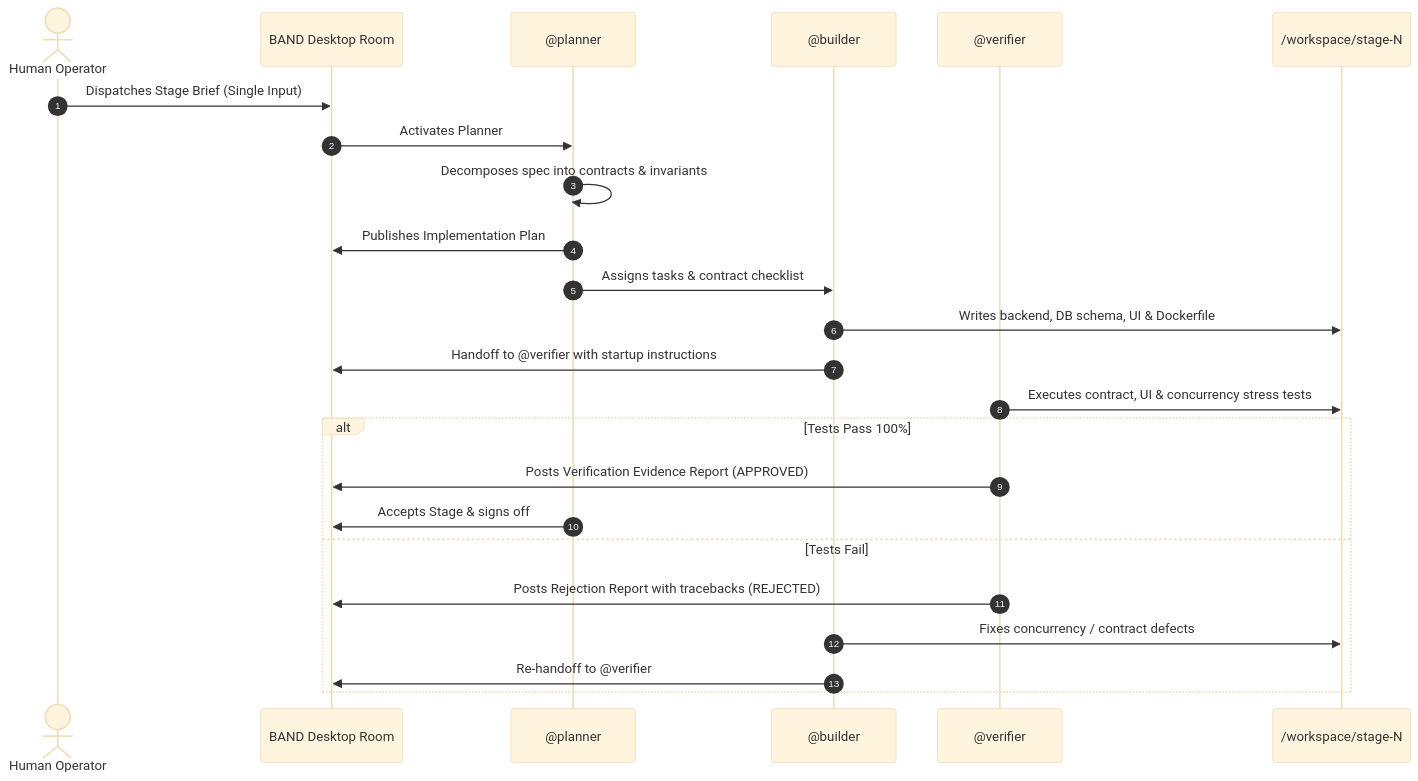
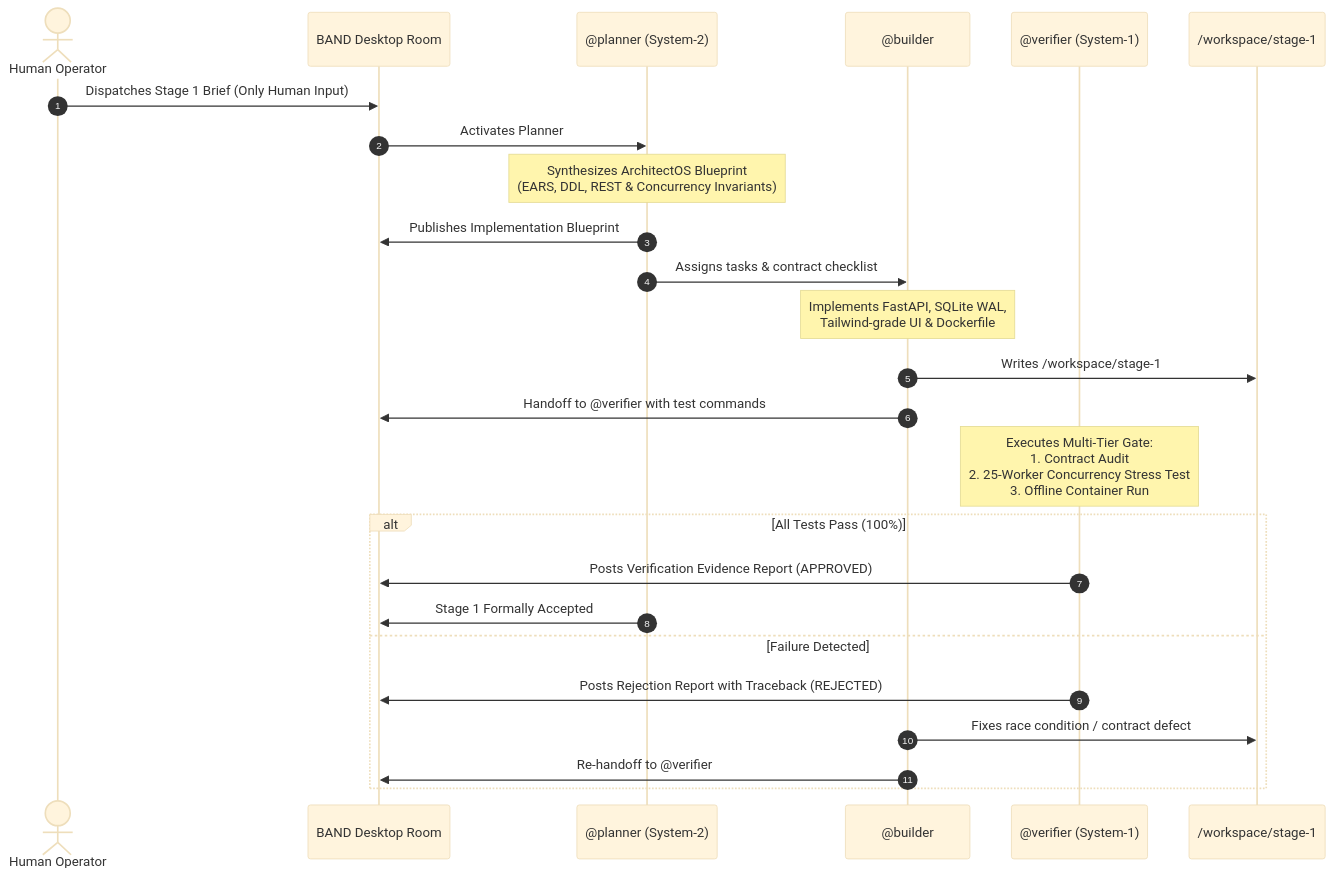
The diagram in FACTORY.md (riswanmsm/tablekeeper-dark-factory), drawn with Mermaid (base theme) before and after one commit. The commit also changed other lines of this file and 11 other files, not shown here.

Commit message:
feat(tablekeeper): implement Stage 1 clean-room service with ArchitectOS dual-system mandates and offline container

````diff
--- a/FACTORY.md
+++ b/FACTORY.md
@@ -38,27 +41,28 @@
 ```mermaid
 sequenceDiagram
     autonumber
     actor Operator as Human Operator
     participant Room as BAND Desktop Room
-    participant Planner as @planner
+    participant Planner as @planner (System-2)
     participant Builder as @builder
-    participant Verifier as @verifier
-    participant Filesystem as /workspace/stage-N
+    participant Verifier as @verifier (System-1)
+    participant Workspace as /workspace/stage-1
 
-    Operator->>Room: Dispatches Stage Brief (Single Input)
+    Operator->>Room: Dispatches Stage 1 Brief (Only Human Input)
     Room->>Planner: Activates Planner
-    Planner->>Planner: Decomposes spec into contracts & invariants
-    Planner->>Room: Publishes Implementation Plan
+    Note over Planner: Synthesizes ArchitectOS Blueprint<br/>(EARS, DDL, REST & Concurrency Invariants)
+    Planner->>Room: Publishes Implementation Blueprint
     Planner->>Builder: Assigns tasks & contract checklist
-    Builder->>Filesystem: Writes backend, DB schema, UI & Dockerfile
-    Builder->>Room: Handoff to @verifier with startup instructions
-    Verifier->>Filesystem: Executes contract, UI & concurrency stress tests
-    alt Tests Pass 100%
+    Note over Builder: Implements FastAPI, SQLite WAL,<br/>Tailwind-grade UI & Dockerfile
+    Builder->>Workspace: Writes /workspace/stage-1
+    Builder->>Room: Handoff to @verifier with test commands
+    Note over Verifier: Executes Multi-Tier Gate:<br/>1. Contract Audit<br/>2. 25-Worker Concurrency Stress Test<br/>3. Offline Container Run
+    alt All Tests Pass (100%)
         Verifier->>Room: Posts Verification Evidence Report (APPROVED)
-        Planner->>Room: Accepts Stage & signs off
-    else Tests Fail
-        Verifier->>Room: Posts Rejection Report with tracebacks (REJECTED)
-        Builder->>Filesystem: Fixes concurrency / contract defects
+        Planner->>Room: Stage 1 Formally Accepted
+    else Failure Detected
+        Verifier->>Room: Posts Rejection Report with Traceback (REJECTED)
+        Builder->>Workspace: Fixes race condition / contract defect
         Builder->>Room: Re-handoff to @verifier
     end
 ```
````
